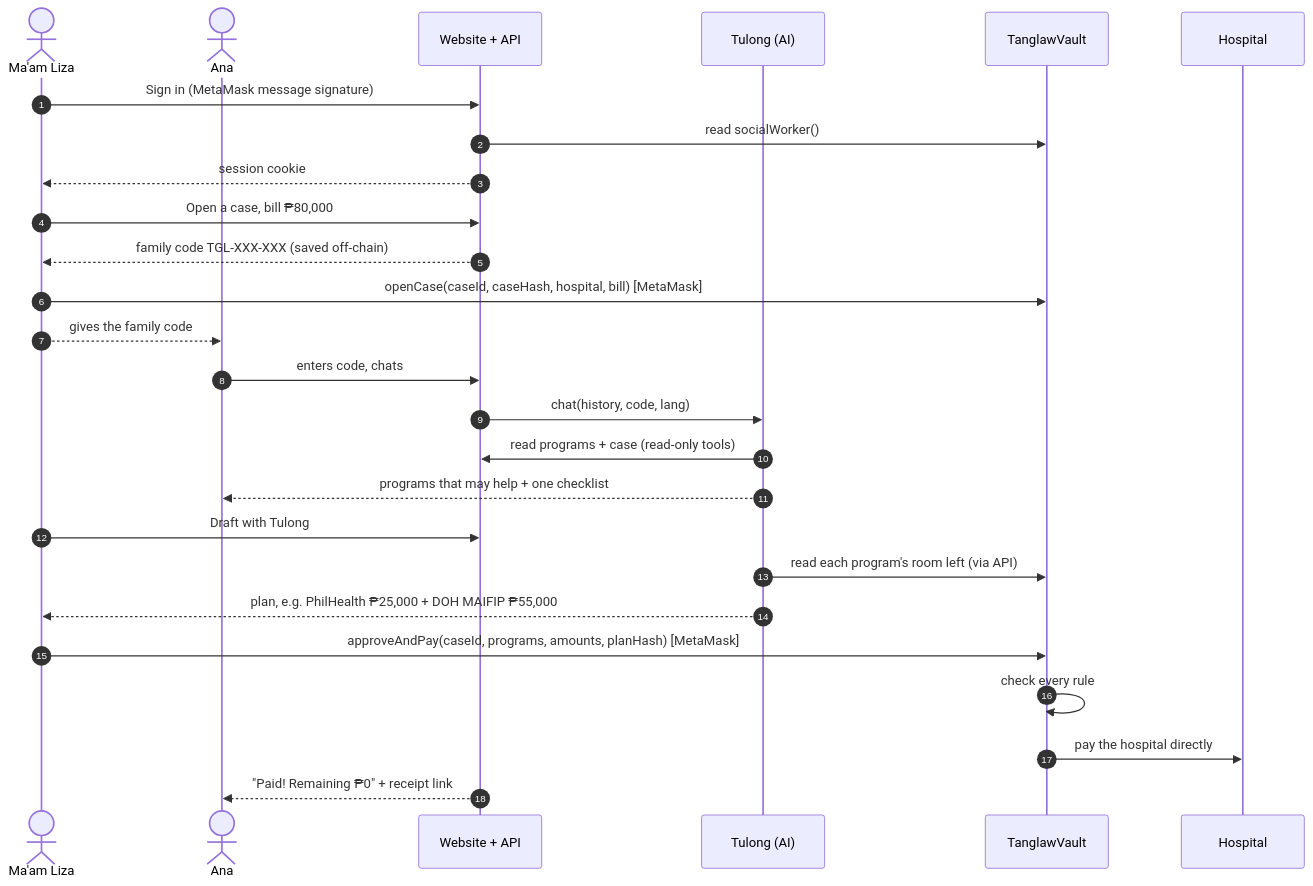
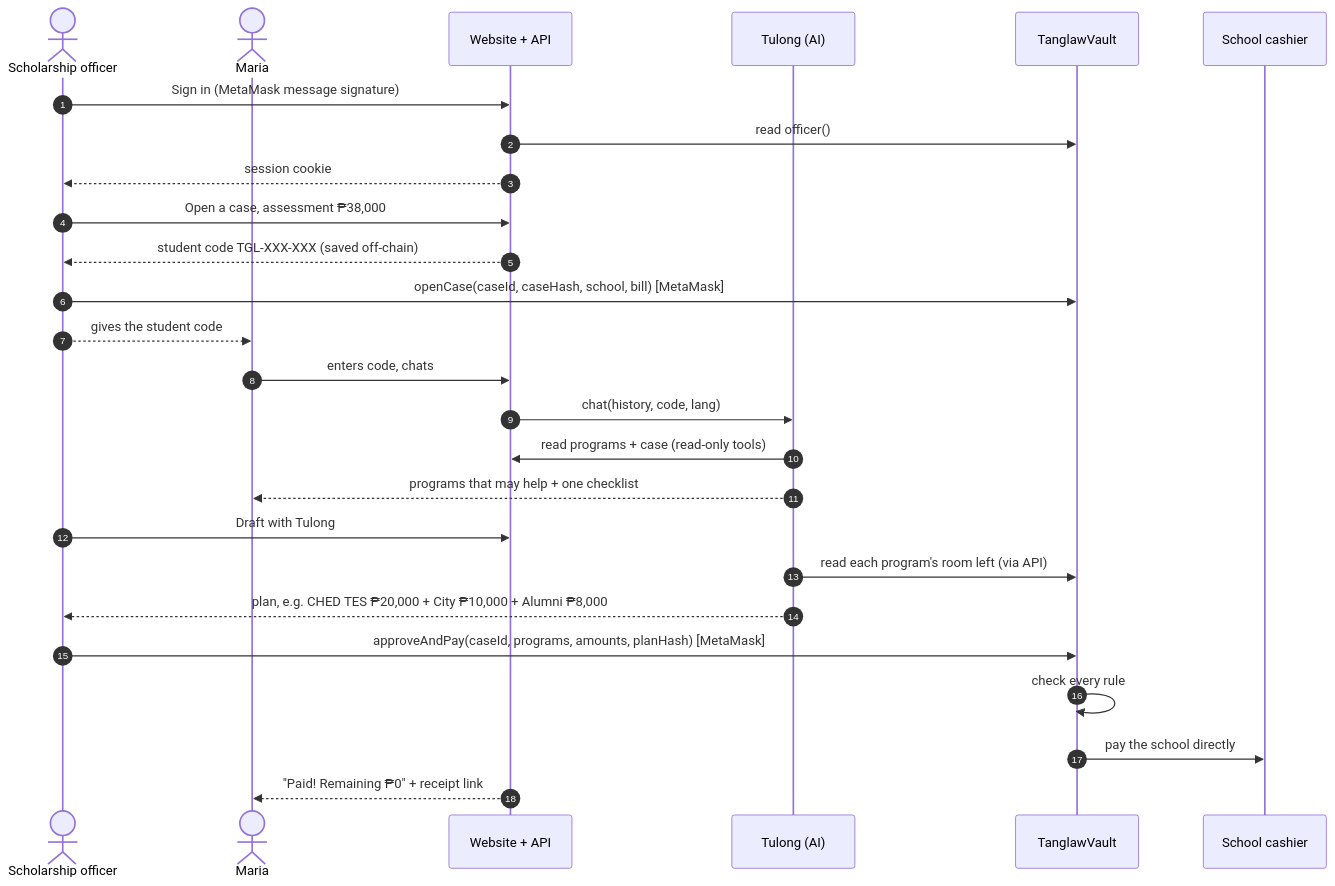
Before and after one commit to lyle-leif/Tanglaw: the second of 3 diagrams in ARCHITECTURE.md, drawn with Mermaid. The commit also changed other lines of this file and 39 other files, not shown here.

````diff
--- a/ARCHITECTURE.md
+++ b/ARCHITECTURE.md
@@ -59,29 +59,29 @@
 ```mermaid
 sequenceDiagram
   autonumber
-  actor L as Ma'am Liza
-  actor A as Ana
+  actor L as Scholarship officer
+  actor A as Maria
   participant W as Website + API
   participant T as Tulong (AI)
   participant V as TanglawVault
-  participant H as Hospital
+  participant H as School cashier
 
   L->>W: Sign in (MetaMask message signature)
-  W->>V: read socialWorker()
+  W->>V: read officer()
   W-->>L: session cookie
-  L->>W: Open a case, bill ₱80,000
-  W-->>L: family code TGL-XXX-XXX (saved off-chain)
-  L->>V: openCase(caseId, caseHash, hospital, bill) [MetaMask]
-  L-->>A: gives the family code
+  L->>W: Open a case, assessment ₱38,000
+  W-->>L: student code TGL-XXX-XXX (saved off-chain)
+  L->>V: openCase(caseId, caseHash, school, bill) [MetaMask]
+  L-->>A: gives the student code
   A->>W: enters code, chats
   W->>T: chat(history, code, lang)
   T->>W: read programs + case (read-only tools)
   T-->>A: programs that may help + one checklist
   L->>W: Draft with Tulong
   T->>V: read each program's room left (via API)
-  T-->>L: plan, e.g. PhilHealth ₱25,000 + DOH MAIFIP ₱55,000
+  T-->>L: plan, e.g. CHED TES ₱20,000 + City ₱10,000 + Alumni ₱8,000
   L->>V: approveAndPay(caseId, programs, amounts, planHash) [MetaMask]
   V->>V: check every rule
-  V->>H: pay the hospital directly
+  V->>H: pay the school directly
   W-->>A: "Paid! Remaining ₱0" + receipt link
 ```
````
